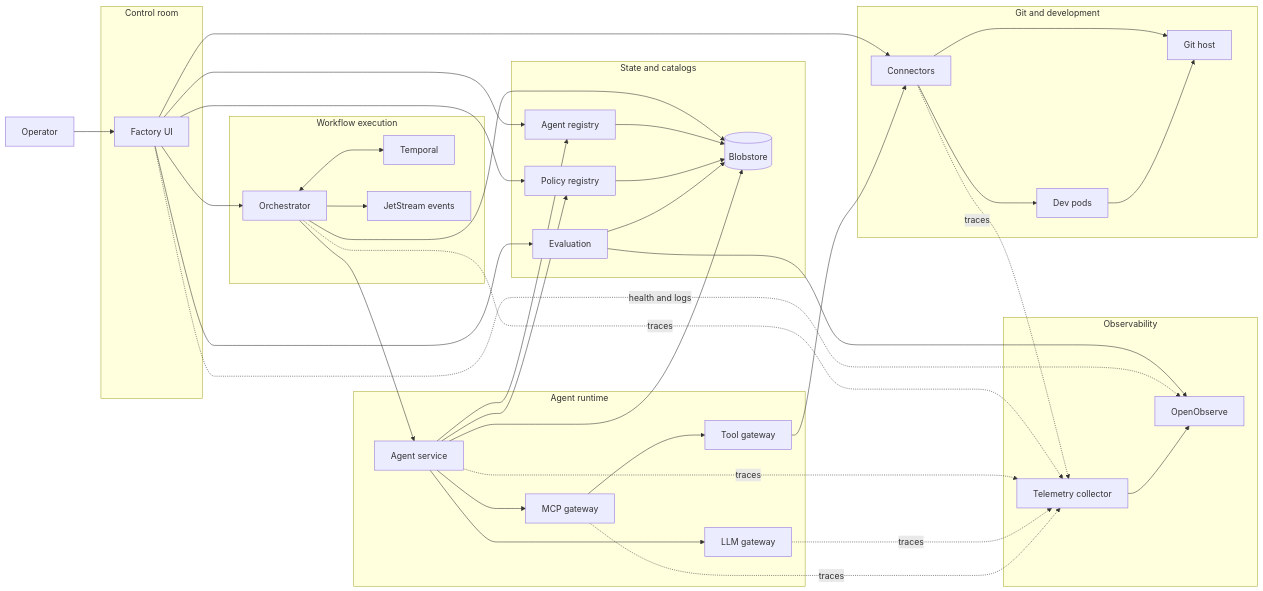
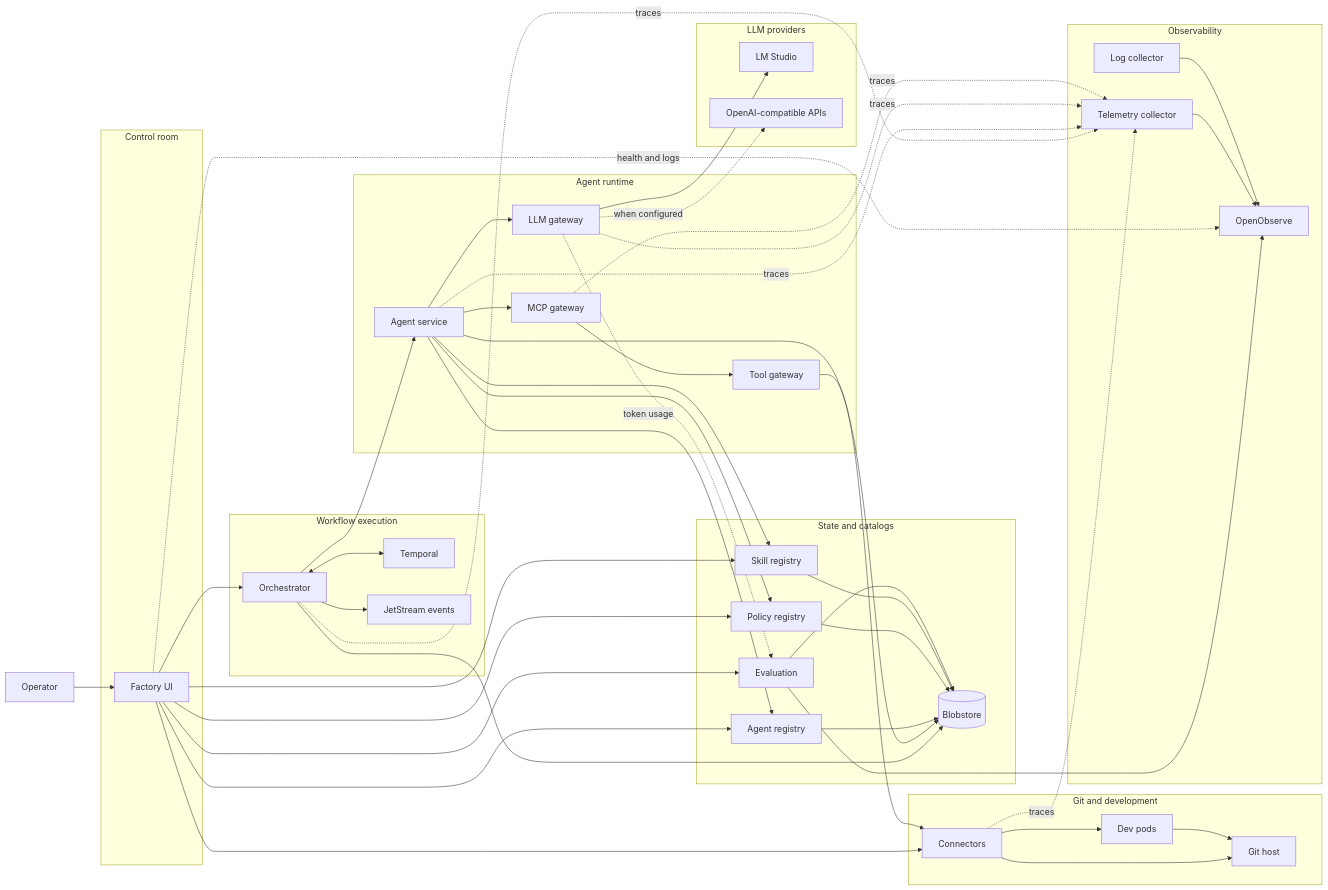
One commit to florianbuetow/opensoftwarefactory changed the diagram in services/factory-ui/web/system-diagram.mmd. Above: the diagram before and after it, drawn with Mermaid. The commit also changed 115 other files, not shown here.

First line of the commit message:
Update factory services, tests, fixtures and infra

```diff
--- a/services/factory-ui/web/system-diagram.mmd
+++ b/services/factory-ui/web/system-diagram.mmd
@@ -1,74 +1,121 @@
 flowchart LR
+  %% What each group and component is. The System Diagram page shows these lines in the card
+  %% under the pointer: one sentence each, without a period at the end.
+  %% describe operator: The person who runs the factory: starts workflows, answers gates and sessions, and reads the results
+  %% describe control: Where a person works with the factory
+  %% describe ui: The web pages of the factory; it shows runs, workflows, agents and metrics, and passes every request on to the service behind it
+  %% describe execution: What runs a workflow, step by step
+  %% describe orchestrator: Runs workflows: starts each step, waits at gates and sessions, and records the run
+  %% describe temporal: Keeps the state of every running workflow, so a run survives a restart
+  %% describe jetstream: The durable stream of workflow events that triggers and measurements read
+  %% describe runtime: What an agent step needs to think and to act
+  %% describe agent: Runs one agent step: builds the prompt, calls the model, and calls tools until the step has its answer
+  %% describe llm: The one door to language models: sends each model name to its provider and records the tokens used
+  %% describe mcp: Offers tools to agents over MCP: passes each call on to a registered MCP service, within its allow and deny lists
+  %% describe tools: Serves the factory's own tools (dev pod, factory, skills) as MCP services
+  %% describe providers: Where the language models run
+  %% describe lmstudio: The models loaded in LM Studio on this machine
+  %% describe llmapis: Any other provider with an OpenAI-compatible API, once it is configured in the LLM gateway
+  %% describe state: What the factory stores and versions
+  %% describe blobs: Stores every artifact: the inputs, outputs and records of runs, and the files of the registries
+  %% describe agents: The versioned agent definitions: agent.json and the system prompt
+  %% describe policies: The versioned policies that agents are given
+  %% describe skills: The versioned skills: SKILL.md and its files
+  %% describe evaluation: Evaluation sets, judges, prices, and the measurements shown on Metrics
+  %% describe development: The repositories and the pods in which agents change code
+  %% describe connectors: Knows the Git repositories, the intake triggers, and the dev pods agents work in
+  %% describe git: The Git server for repositories kept inside the factory
+  %% describe pods: One working copy of a repository per run, where an agent reads, edits and runs code
+  %% describe observability: The logs and traces of everything that runs
+  %% describe telemetry: Receives the traces of the services and passes them on
+  %% describe logs: Collects the logs of every pod
+  %% describe observe: OpenObserve: stores the logs and traces and answers searches over them
+
   operator[Operator]
 
   subgraph control[Control room]
     ui[Factory UI]
   end
 
   subgraph execution[Workflow execution]
     orchestrator[Orchestrator]
     temporal[Temporal]
     jetstream[JetStream events]
   end
 
   subgraph runtime[Agent runtime]
     agent[Agent service]
     llm[LLM gateway]
     mcp[MCP gateway]
     tools[Tool gateway]
   end
 
+  subgraph providers[LLM providers]
+    lmstudio[LM Studio]
+    llmapis[OpenAI-compatible APIs]
+  end
+
   subgraph state[State and catalogs]
     blobs[(Blobstore)]
     agents[Agent registry]
     policies[Policy registry]
+    skills[Skill registry]
     evaluation[Evaluation]
   end
 
   subgraph development[Git and development]
     connectors[Connectors]
     git[Git host]
     pods[Dev pods]
   end
 
   subgraph observability[Observability]
     telemetry[Telemetry collector]
+    logs[Log collector]
     observe[OpenObserve]
   end
 
   operator --> ui
   ui --> orchestrator
   ui --> agents
   ui --> policies
+  ui --> skills
   ui --> evaluation
   ui --> connectors
 
   orchestrator <--> temporal
   orchestrator --> agent
   orchestrator --> blobs
   orchestrator --> jetstream
 
   agent --> agents
   agent --> policies
+  agent --> skills
   agent --> llm
   agent --> mcp
   agent --> blobs
   mcp --> tools
   tools --> connectors
 
+  llm --> lmstudio
+  llm -. when configured .-> llmapis
+  llm -. token usage .-> evaluation
+
   agents --> blobs
   policies --> blobs
+  skills --> blobs
   evaluation --> blobs
   evaluation --> observe
 
   connectors --> git
   connectors --> pods
   pods --> git
 
   ui -. health and logs .-> observe
   orchestrator -. traces .-> telemetry
   agent -. traces .-> telemetry
   llm -. traces .-> telemetry
   mcp -. traces .-> telemetry
   connectors -. traces .-> telemetry
   telemetry --> observe
+  logs --> observe
```
